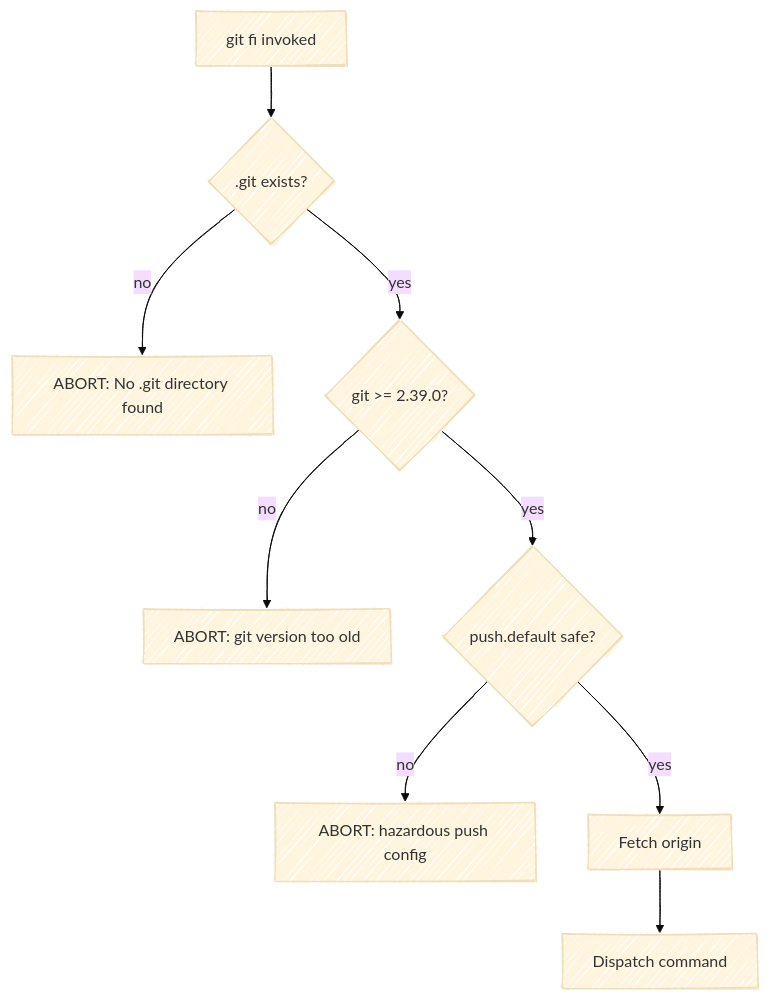
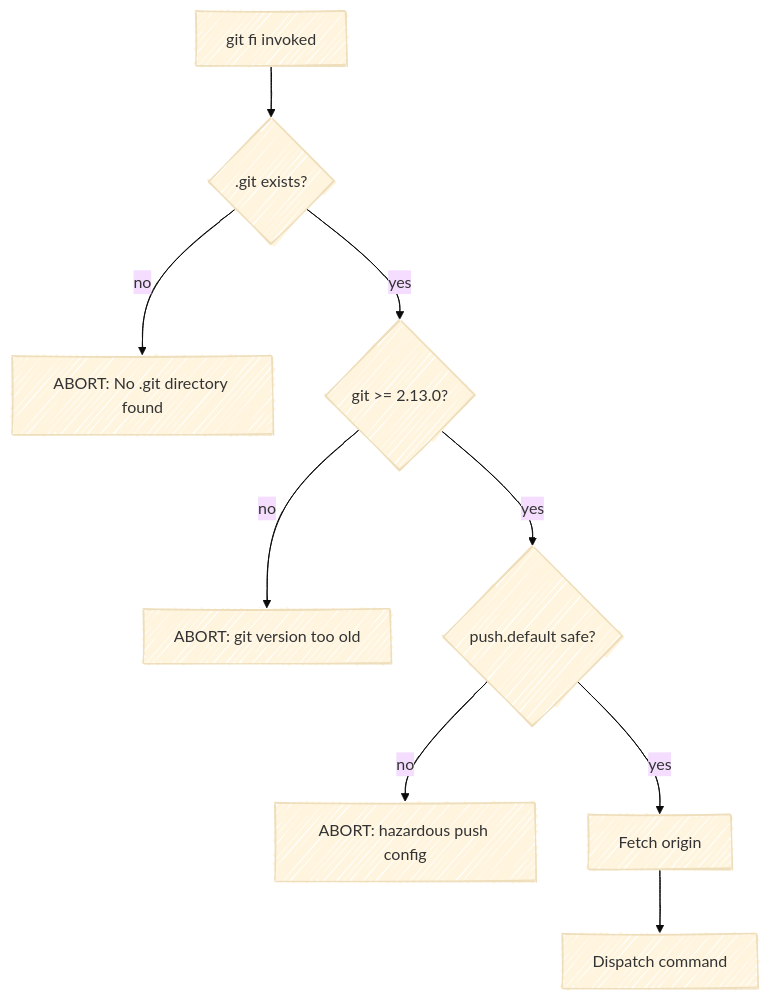
The first of 3 diagrams in SPEC.md (gettyimages/git-fi), drawn with Mermaid (base theme) before and after one commit. The commit also changed other lines of this file and 3 other files, not shown here.

````diff
--- a/SPEC.md
+++ b/SPEC.md
@@ -27,12 +27,12 @@
 ```mermaid
 %%{ init: { 'look': 'handDrawn' } }%%
 flowchart TD
     A[git fi invoked] --> B{.git exists?}
     B -- no --> B1[ABORT: No .git directory found]
-    B -- yes --> C{git >= 2.39.0?}
+    B -- yes --> C{git >= 2.13.0?}
     C -- no --> C1[ABORT: git version too old]
     C -- yes --> D{push.default safe?}
     D -- no --> D1[ABORT: hazardous push config]
     D -- yes --> E[Fetch origin]
     E --> F[Dispatch command]
 ```
````
